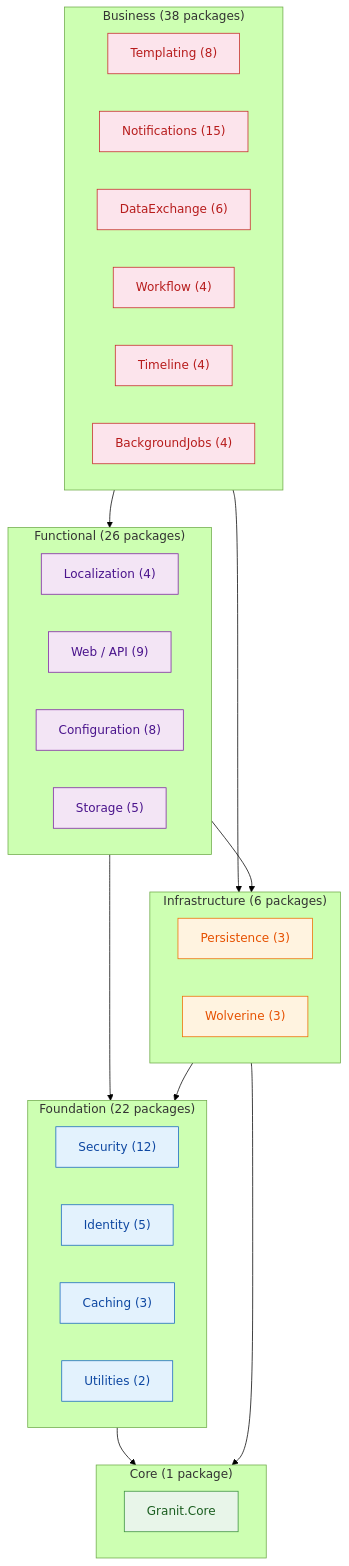
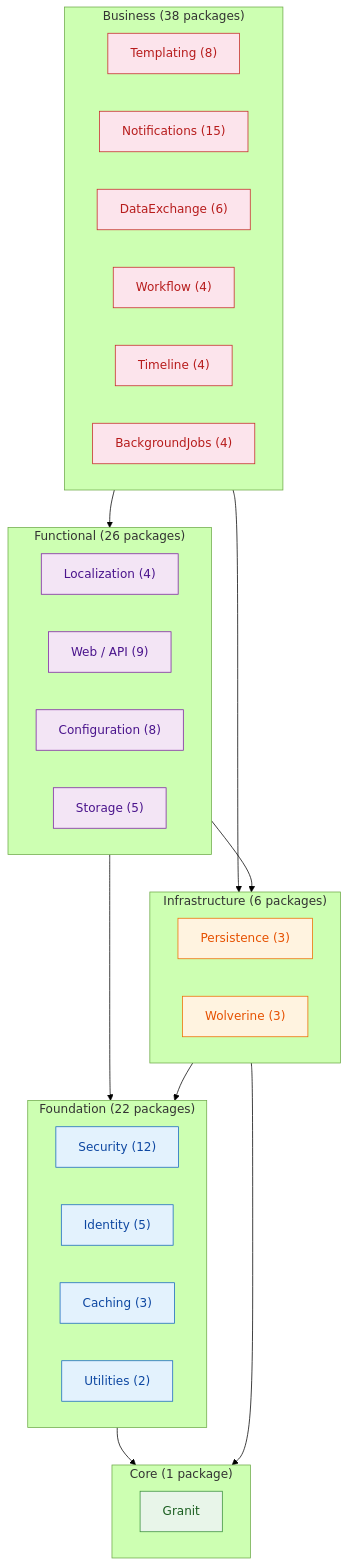
One commit to granit-fx/granit-dotnet changed the diagram in docs-site/src/content/docs/blog/zero-circular-dependencies.mdx. Above: the diagram before and after it, drawn with Mermaid (forest theme). The commit also changed other lines of this file and 153 other files, not shown here.

````diff
--- a/docs-site/src/content/docs/blog/zero-circular-dependencies.mdx
+++ b/docs-site/src/content/docs/blog/zero-circular-dependencies.mdx
@@ -70,60 +70,60 @@
 ```mermaid
 graph TB
     subgraph Business ["Business (38 packages)"]
         B1["Templating (8)"]
         B2["Notifications (15)"]
         B3["DataExchange (6)"]
         B4["Workflow (4)"]
         B5["Timeline (4)"]
         B6["BackgroundJobs (4)"]
     end
 
     subgraph Functional ["Functional (26 packages)"]
         F1["Localization (4)"]
         F2["Web / API (9)"]
         F3["Configuration (8)"]
         F4["Storage (5)"]
     end
 
     subgraph Infrastructure ["Infrastructure (6 packages)"]
         I1["Persistence (3)"]
         I2["Wolverine (3)"]
     end
 
     subgraph Foundation ["Foundation (22 packages)"]
         FO1["Security (12)"]
         FO2["Identity (5)"]
         FO3["Caching (3)"]
         FO4["Utilities (2)"]
     end
 
     subgraph Core ["Core (1 package)"]
-        C["Granit.Core"]
+        C["Granit"]
     end
 
     Business --> Functional
     Business --> Infrastructure
     Functional --> Infrastructure
     Functional --> Foundation
     Infrastructure --> Foundation
     Foundation --> Core
     Infrastructure --> Core
 
     style C fill:#e8f5e9,stroke:#388e3c,color:#1b5e20
     style FO1 fill:#e3f2fd,stroke:#1565c0,color:#0d47a1
     style FO2 fill:#e3f2fd,stroke:#1565c0,color:#0d47a1
     style FO3 fill:#e3f2fd,stroke:#1565c0,color:#0d47a1
     style FO4 fill:#e3f2fd,stroke:#1565c0,color:#0d47a1
     style I1 fill:#fff3e0,stroke:#ef6c00,color:#e65100
     style I2 fill:#fff3e0,stroke:#ef6c00,color:#e65100
     style F1 fill:#f3e5f5,stroke:#7b1fa2,color:#4a148c
     style F2 fill:#f3e5f5,stroke:#7b1fa2,color:#4a148c
     style F3 fill:#f3e5f5,stroke:#7b1fa2,color:#4a148c
     style F4 fill:#f3e5f5,stroke:#7b1fa2,color:#4a148c
     style B1 fill:#fce4ec,stroke:#c62828,color:#b71c1c
     style B2 fill:#fce4ec,stroke:#c62828,color:#b71c1c
     style B3 fill:#fce4ec,stroke:#c62828,color:#b71c1c
     style B4 fill:#fce4ec,stroke:#c62828,color:#b71c1c
     style B5 fill:#fce4ec,stroke:#c62828,color:#b71c1c
     style B6 fill:#fce4ec,stroke:#c62828,color:#b71c1c
 ```
````
